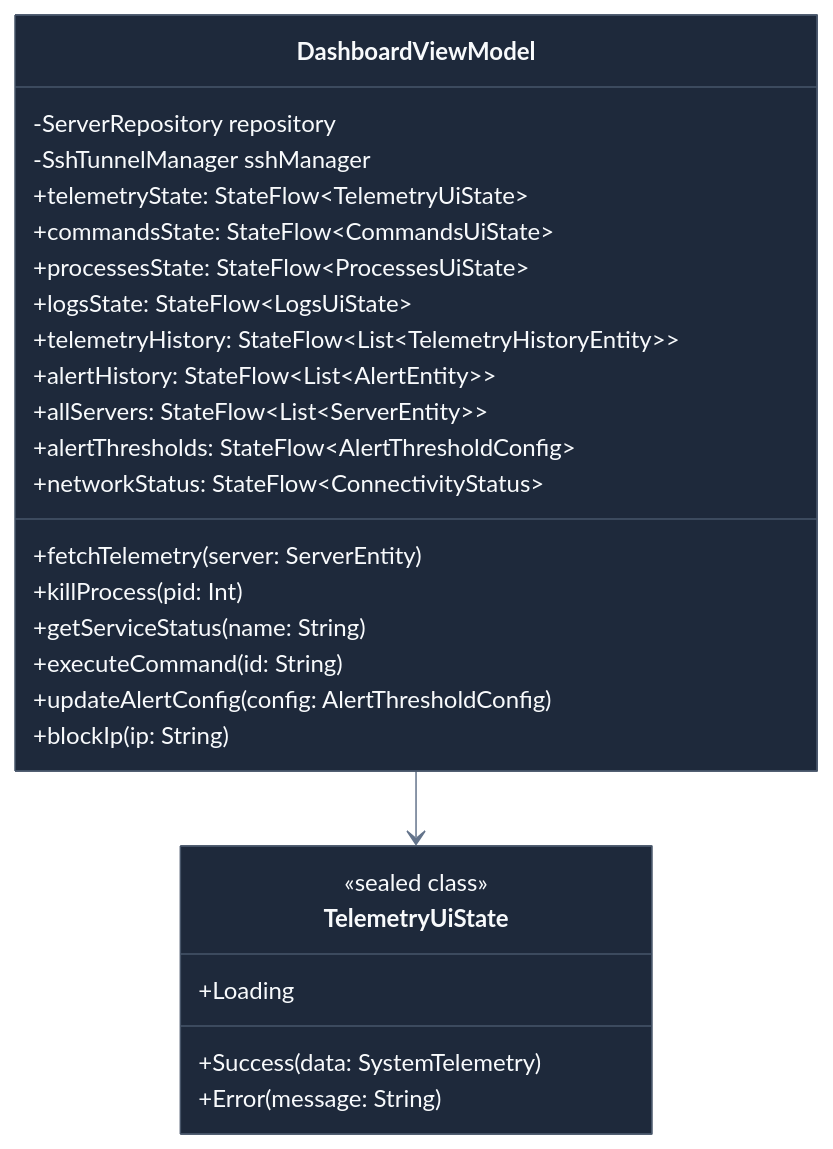
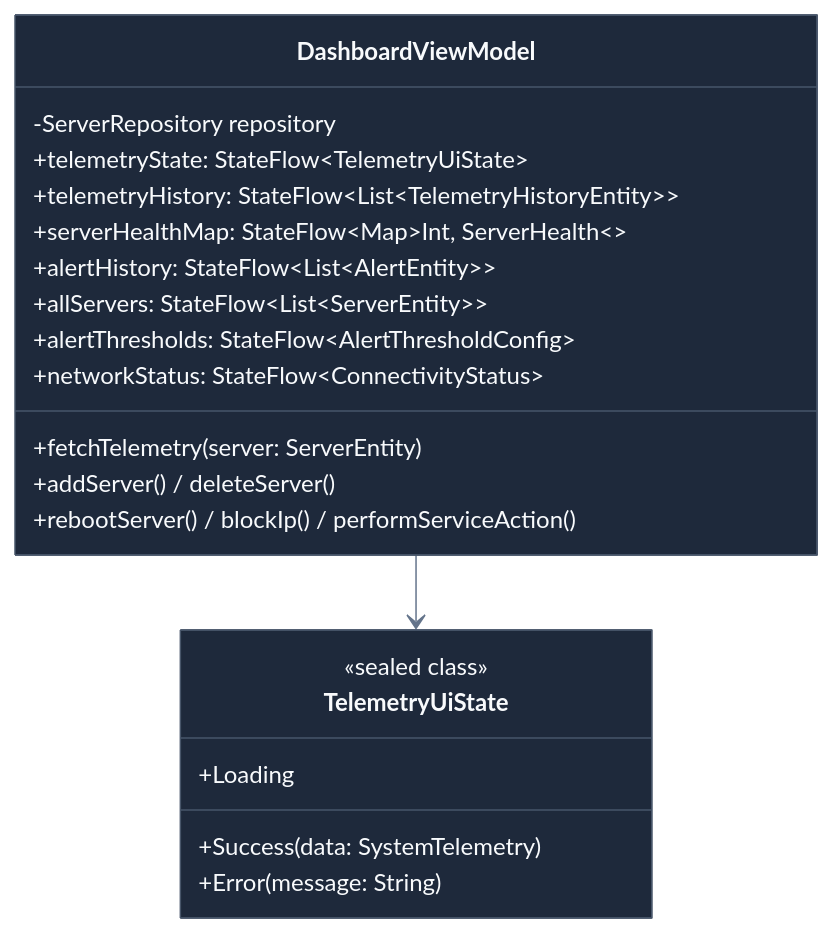
One commit to Munique-Feitoza/server-controller changed the third of 15 diagrams in docs/ANDROID_APP.md. Above: the diagram before and after it, drawn with Mermaid. The commit also changed other lines of this file and 53 other files, not shown here.

````diff
--- a/docs/ANDROID_APP.md
+++ b/docs/ANDROID_APP.md
@@ -157,32 +172,26 @@
 ```mermaid
 %%{init: { "theme": "base", "themeVariables": { "fontFamily": "Inter, sans-serif", "primaryColor": "#1e293b", "primaryTextColor": "#f8fafc", "primaryBorderColor": "#475569", "lineColor": "#64748b" } }}%%
 classDiagram
     class DashboardViewModel {
         -ServerRepository repository
-        -SshTunnelManager sshManager
         +telemetryState: StateFlow~TelemetryUiState~
-        +commandsState: StateFlow~CommandsUiState~
-        +processesState: StateFlow~ProcessesUiState~
-        +logsState: StateFlow~LogsUiState~
         +telemetryHistory: StateFlow~List~TelemetryHistoryEntity~~
+        +serverHealthMap: StateFlow~Map~Int, ServerHealth~~
         +alertHistory: StateFlow~List~AlertEntity~~
         +allServers: StateFlow~List~ServerEntity~~
         +alertThresholds: StateFlow~AlertThresholdConfig~
         +networkStatus: StateFlow~ConnectivityStatus~
         +fetchTelemetry(server: ServerEntity)
-        +killProcess(pid: Int)
-        +getServiceStatus(name: String)
-        +executeCommand(id: String)
-        +updateAlertConfig(config: AlertThresholdConfig)
-        +blockIp(ip: String)
+        +addServer() / deleteServer()
+        +rebootServer() / blockIp() / performServiceAction()
     }
 
     class TelemetryUiState {
         <<sealed class>>
         +Loading
         +Success(data: SystemTelemetry)
         +Error(message: String)
     }
 
     DashboardViewModel --> TelemetryUiState
 ```
````
